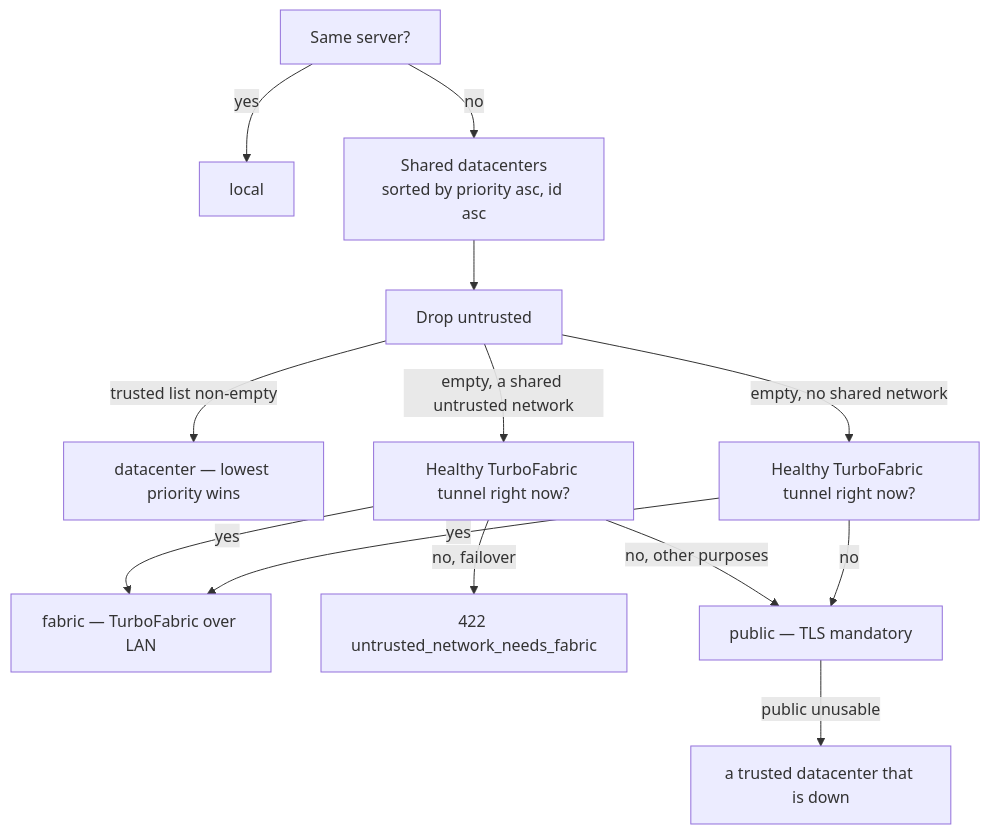
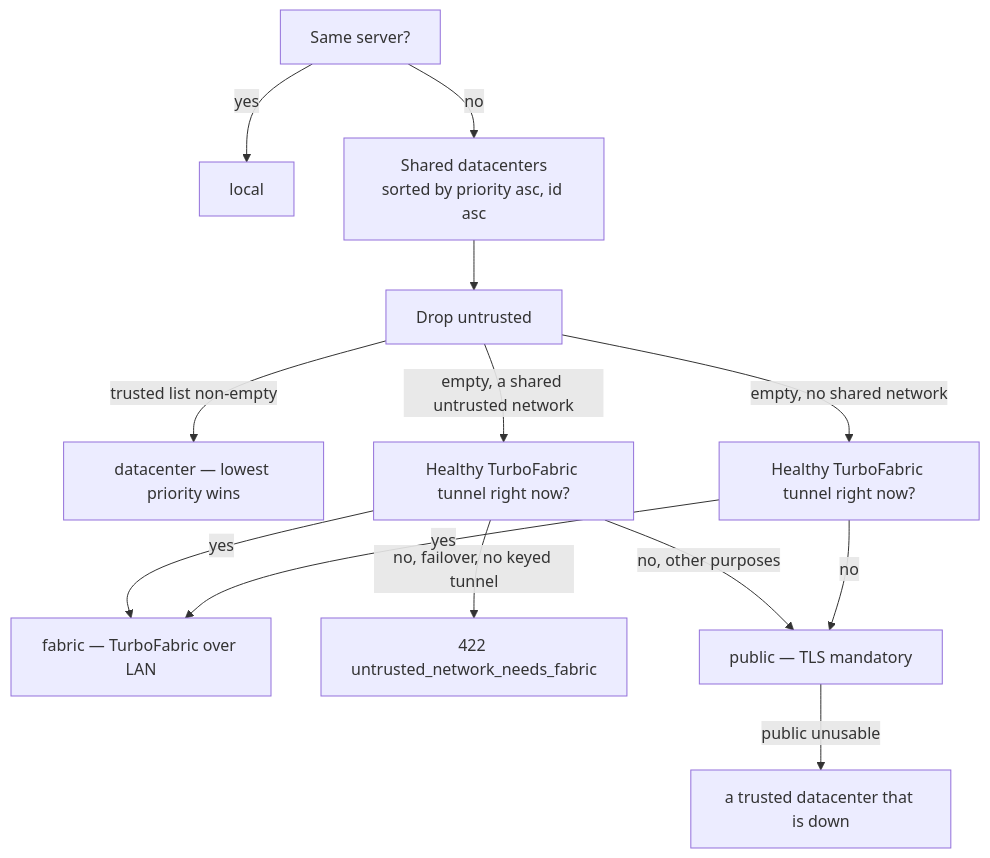
The diagram in docs/architecture/datacenter-networks.mdx (TurboPanel/website), drawn with Mermaid before and after one commit. The commit also changed other lines of this file and 1 other file, not shown here.

Commit message:
docs(network): say what running failover traffic does

````diff
--- a/docs/architecture/datacenter-networks.mdx
+++ b/docs/architecture/datacenter-networks.mdx
@@ -71,15 +71,15 @@
 ```mermaid
 flowchart TD
   A["Same server?"] -->|yes| L["local"]
   A -->|no| B["Shared datacenters<br/>sorted by priority asc, id asc"]
   B --> C["Drop untrusted"]
   C -->|"trusted list non-empty"| D["datacenter — lowest priority wins"]
   C -->|"empty, a shared untrusted network"| F["Healthy TurboFabric tunnel right now?"]
   F -->|yes| G["fabric — TurboFabric over LAN"]
-  F -->|"no, failover"| E["422 untrusted_network_needs_fabric"]
+  F -->|"no, failover, no keyed tunnel"| E["422 untrusted_network_needs_fabric"]
   F -->|"no, other purposes"| H["public — TLS mandatory"]
   C -->|"empty, no shared network"| F2["Healthy TurboFabric tunnel right now?"]
   F2 -->|yes| G
   F2 -->|no| H
   H -->|"public unusable"| I["a trusted datacenter that is down"]
 ```
````
